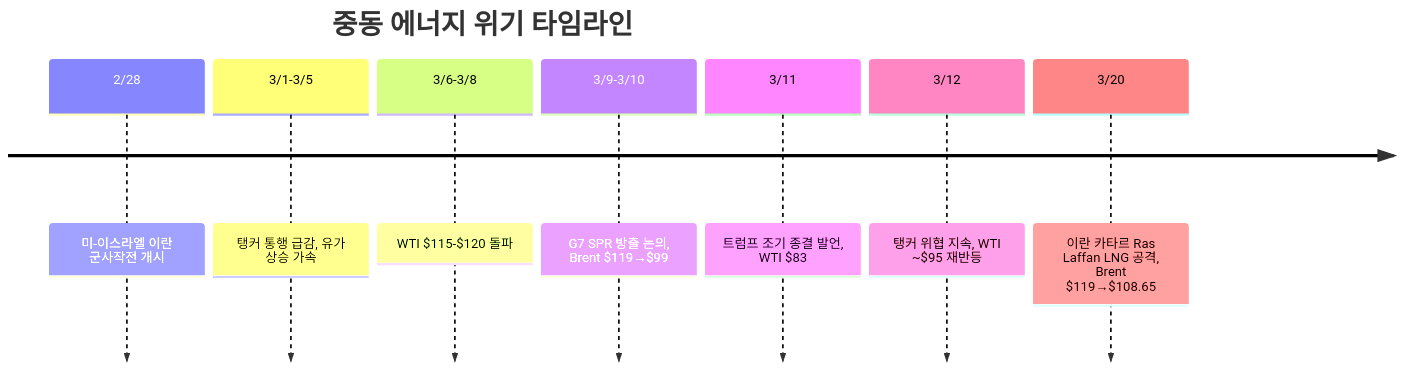
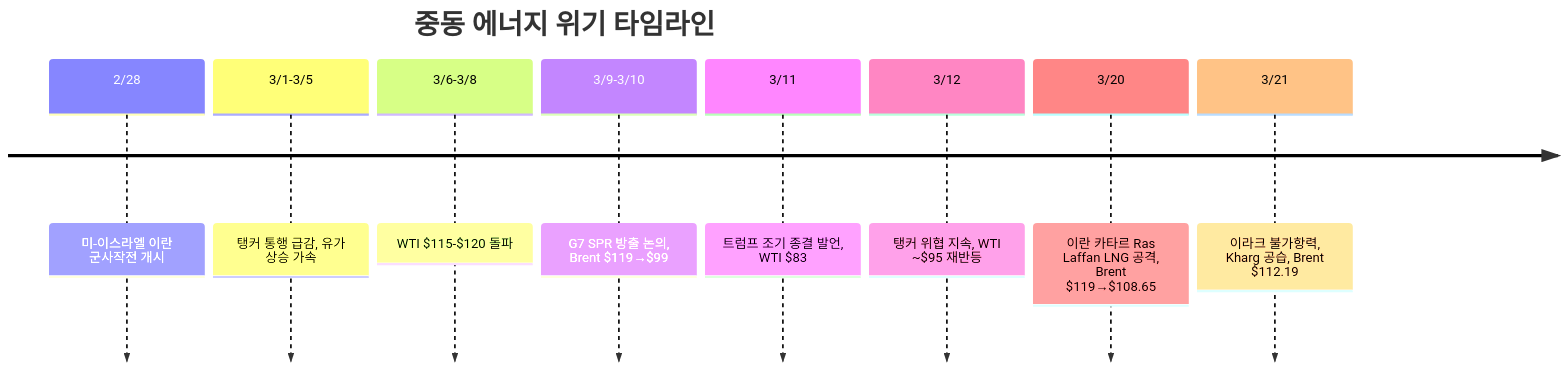
Before and after one commit to dss99911/dss99911.github.io: the second of 11 diagrams in _posts/knowledge/invest/2026-03-07-energy-sector-outlook-2026.md, drawn with Mermaid. The commit also changed other lines of this file and 5 other files, not shown here.

````diff
--- a/_posts/knowledge/invest/2026-03-07-energy-sector-outlook-2026.md
+++ b/_posts/knowledge/invest/2026-03-07-energy-sector-outlook-2026.md
@@ -103,11 +113,12 @@
 ```mermaid
 timeline
     title 중동 에너지 위기 타임라인
     2/28 : 미-이스라엘 이란 군사작전 개시
     3/1-3/5 : 탱커 통행 급감, 유가 상승 가속
     3/6-3/8 : WTI $115-$120 돌파
     3/9-3/10 : G7 SPR 방출 논의, Brent $119→$99
     3/11 : 트럼프 조기 종결 발언, WTI $83
     3/12 : 탱커 위협 지속, WTI ~$95 재반등
     3/20 : 이란 카타르 Ras Laffan LNG 공격, Brent $119→$108.65
+    3/21 : 이라크 불가항력, Kharg 공습, Brent $112.19
 ```
````
